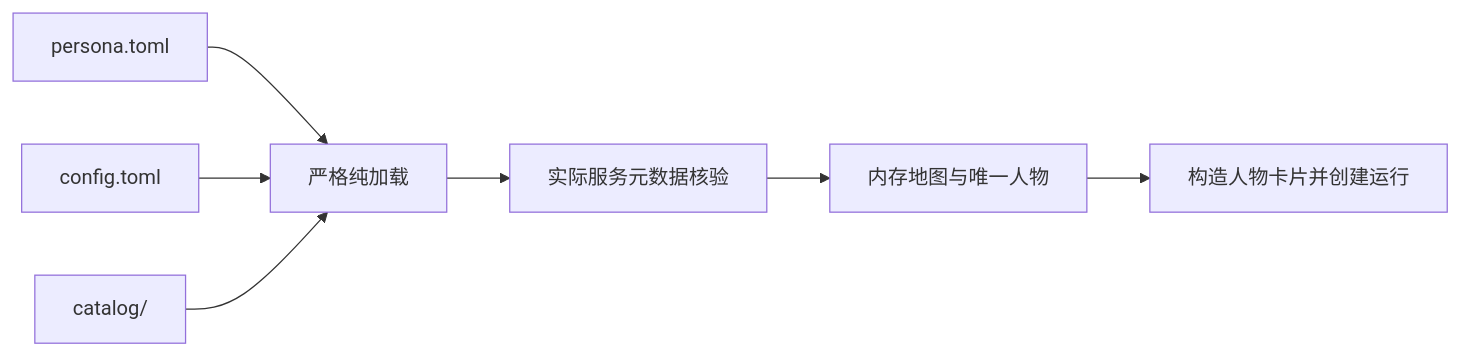
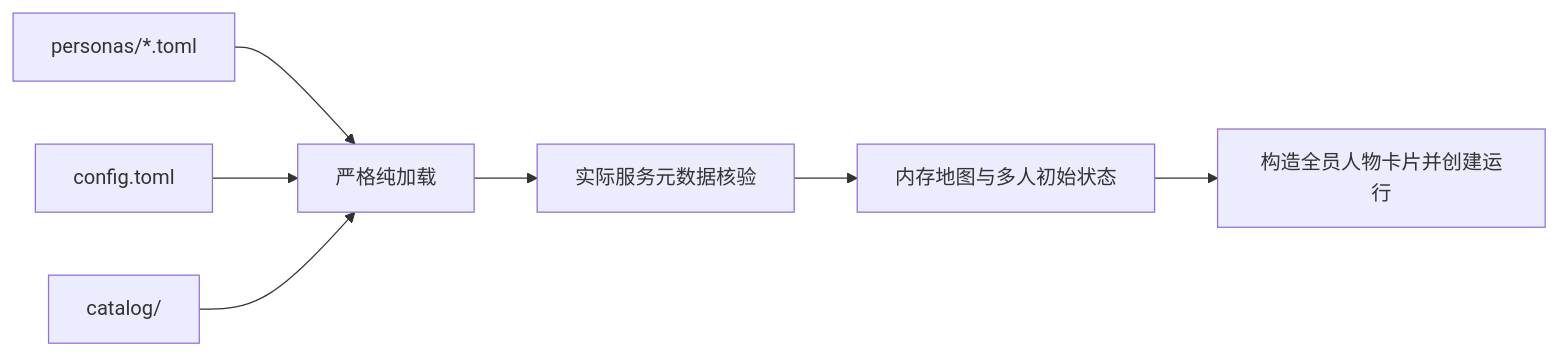
Before and after one commit to HoldThatThgt/WorldMock: the diagram in docs/design/08-configuration.md, drawn with Mermaid. The commit also changed other lines of this file and 19 other files, not shown here.

````diff
--- a/docs/design/08-configuration.md
+++ b/docs/design/08-configuration.md
@@ -11,9 +11,9 @@
 ```mermaid
 flowchart LR
-    Persona[persona.toml] --> Load[严格纯加载]
-    Config[config.toml] --> Load
-    Catalog[catalog/] --> Load
-    Load --> Metadata[实际服务元数据核验]
-    Metadata --> World[内存地图与唯一人物]
-    World --> Run[构造人物卡片并创建运行]
+    Personas["personas/*.toml"] --> Load["严格纯加载"]
+    Config["config.toml"] --> Load
+    Catalog["catalog/"] --> Load
+    Load --> Metadata["实际服务元数据核验"]
+    Metadata --> World["内存地图与多人初始状态"]
+    World --> Run["构造全员人物卡片并创建运行"]
 ```
````
